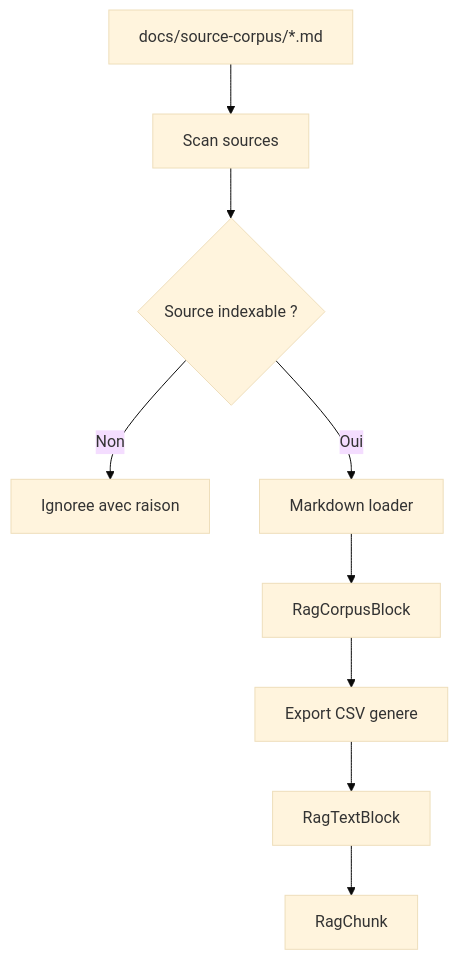
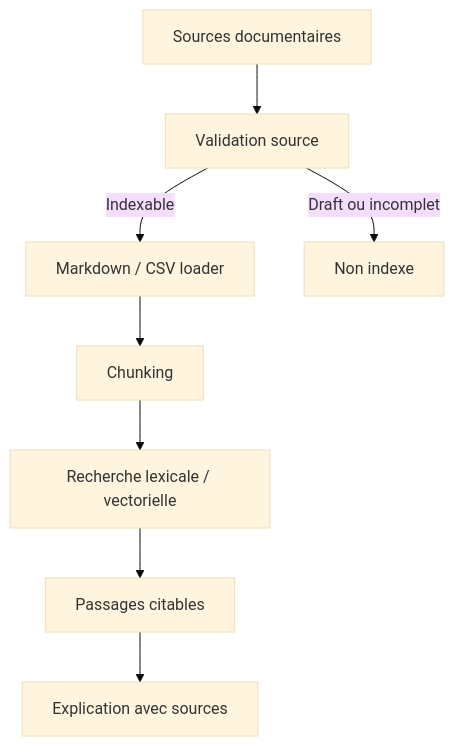
The seventh of 9 diagrams in docs/rag-flow-mermaid.md (Appolinairee/fiscal-control-engine), drawn with Mermaid (base theme) before and after one commit. The commit also changed other lines of this file and 24 other files, not shown here.

````diff
--- a/docs/rag-flow-mermaid.md
+++ b/docs/rag-flow-mermaid.md
@@ -70,11 +151,10 @@
 ```mermaid
 flowchart TD
-    A[docs/source-corpus/*.md] --> B[Scan sources]
-    B --> C{Source indexable ?}
-    C -->|Non| D[Ignoree avec raison]
-    C -->|Oui| E[Markdown loader]
-    E --> F[RagCorpusBlock]
-    F --> G[Export CSV genere]
-    G --> H[RagTextBlock]
-    H --> I[RagChunk]
+    DOC[Sources documentaires] --> SCAN[Validation source]
+    SCAN -->|Indexable| LOAD[Markdown / CSV loader]
+    SCAN -->|Draft ou incomplet| BLOCK[Non indexe]
+    LOAD --> CHUNK[Chunking]
+    CHUNK --> SEARCH[Recherche lexicale / vectorielle]
+    SEARCH --> SRC[Passages citables]
+    SRC --> LLM[Explication avec sources]
 ```
````
